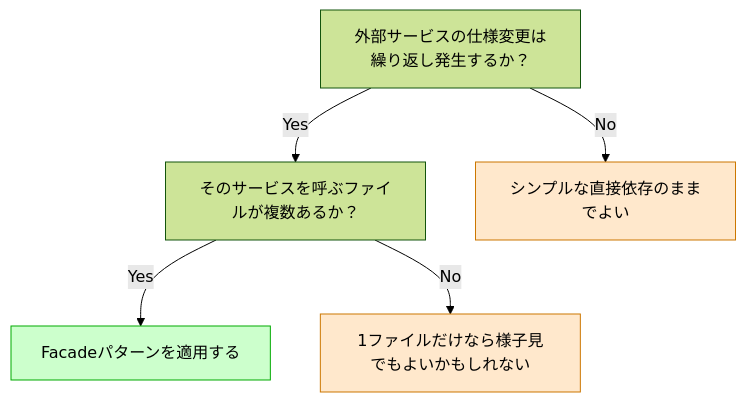
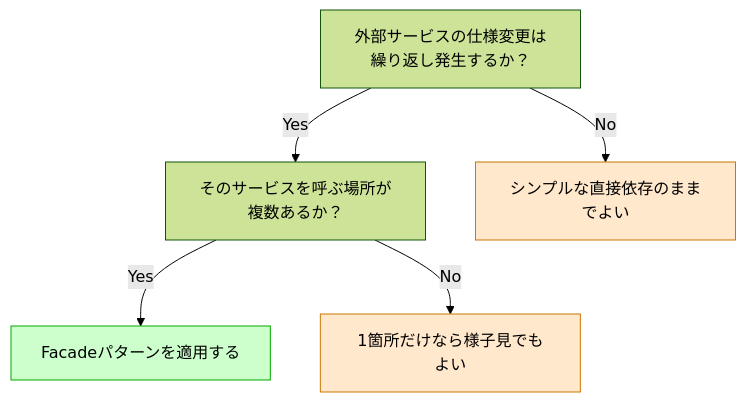
Before and after one commit to kumachan1101-pixel/DesignPattern: the fourth of 5 diagrams in files/kindle/design-patterns/output/chapter02.md, drawn with Mermaid (forest theme). The commit also changed other lines of this file and 4 other files, not shown here.

````diff
--- a/files/kindle/design-patterns/output/chapter02.md
+++ b/files/kindle/design-patterns/output/chapter02.md
@@ -656,12 +739,12 @@
 ```mermaid
 flowchart TD
     A[外部サービスの仕様変更は繰り返し発生するか？]
-    A -->|Yes| B[そのサービスを呼ぶファイルが複数あるか？]
+    A -->|Yes| B[そのサービスを呼ぶ場所が複数あるか？]
     A -->|No| G[シンプルな直接依存のままでよい]
     B -->|Yes| C[Facadeパターンを適用する]
-    B -->|No| D[1ファイルだけなら様子見でもよいかもしれない]
+    B -->|No| D[1箇所だけなら様子見でもよい]
 
     style C fill:#ccffcc,stroke:#00aa00
     style G fill:#ffe8cc,stroke:#cc7700
     style D fill:#ffe8cc,stroke:#cc7700
 ```
````
